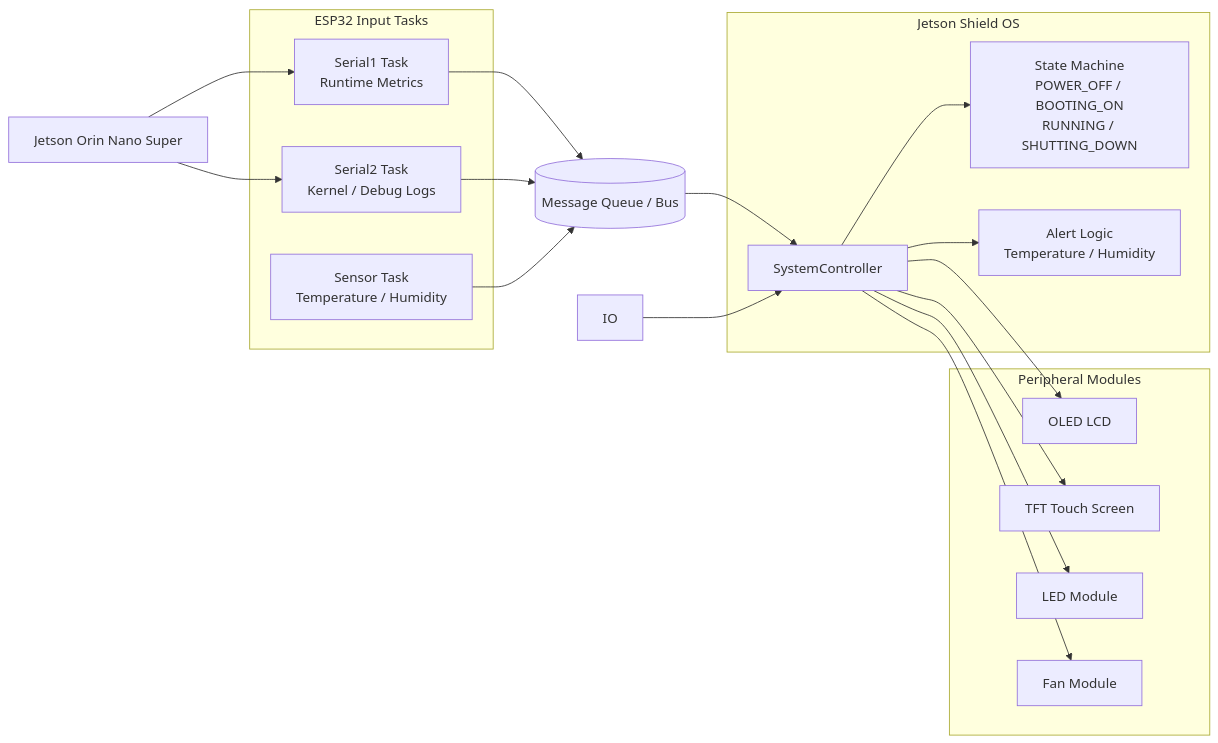
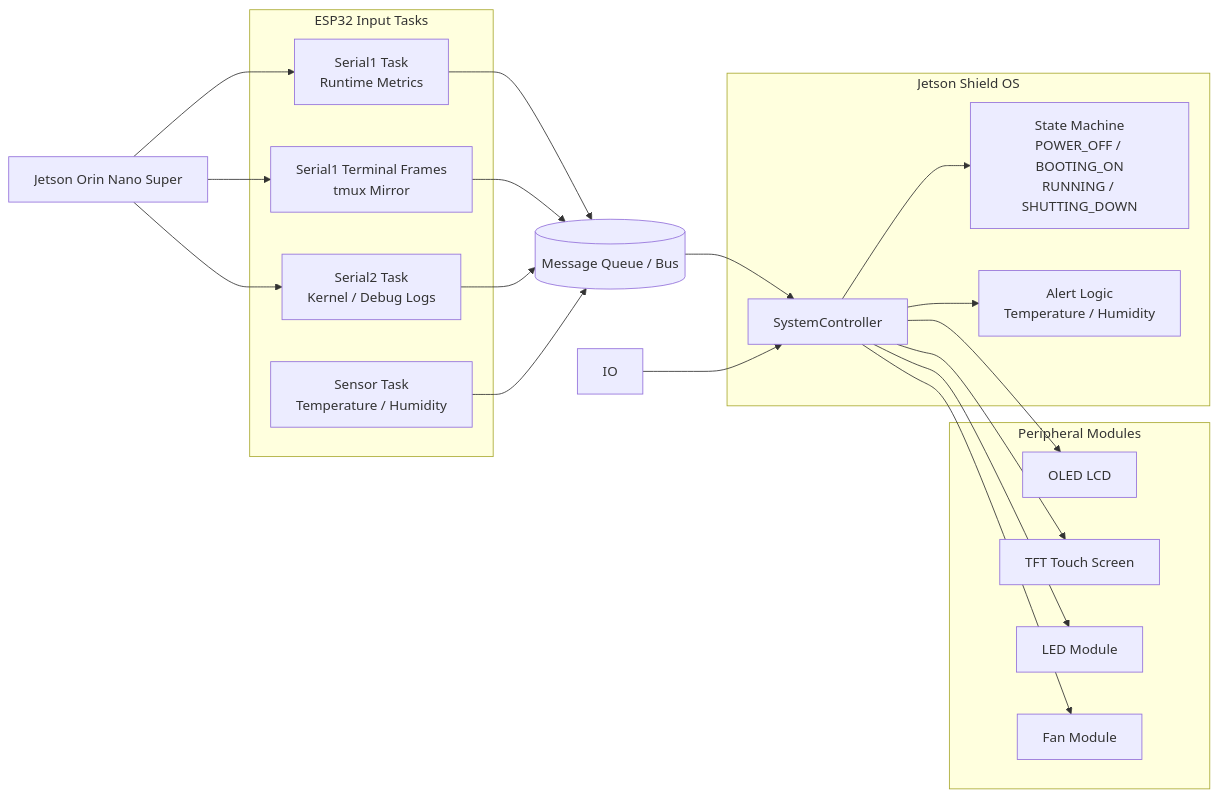
The diagram in README.md (viettran-edgeAI/Jetson_case_os), drawn with Mermaid before and after one commit. The commit also changed other lines of this file and 669 other files, not shown here.

````diff
--- a/README.md
+++ b/README.md
@@ -24,39 +22,42 @@
 ```mermaid
 flowchart LR
 	Jetson[Jetson Orin Nano Super]
 
 	subgraph Ingress[ESP32 Input Tasks]
 		Serial1[Serial1 Task<br/>Runtime Metrics]
+		Terminal[Serial1 Terminal Frames<br/>tmux Mirror]
 		Serial2[Serial2 Task<br/>Kernel / Debug Logs]
 		Sensor[Sensor Task<br/>Temperature / Humidity]
 	end
 
 	Queue[(Message Queue / Bus)]
 
 	subgraph Control[Jetson Shield OS]
 		Controller[SystemController]
 		State[State Machine<br/>POWER_OFF / BOOTING_ON<br/>RUNNING / SHUTTING_DOWN]
 		Alerts[Alert Logic<br/>Temperature / Humidity]
 	end
 
 	subgraph Outputs[Peripheral Modules]
 		OLED[OLED LCD]
 		TFT[TFT Touch Screen]
 		LED[LED Module]
 		Fan[Fan Module]
 	end
 
 	Jetson --> Serial1
+	Jetson --> Terminal
 	Jetson --> Serial2
 	Serial1 --> Queue
+	Terminal --> Queue
 	Serial2 --> Queue
 	Sensor --> Queue
 	Queue --> Controller
 	Controller --> State
 	Controller --> Alerts
 	Controller --> OLED
 	Controller --> TFT
 	Controller --> LED
 	Controller --> Fan
 	IO --> Controller
 ```
````
